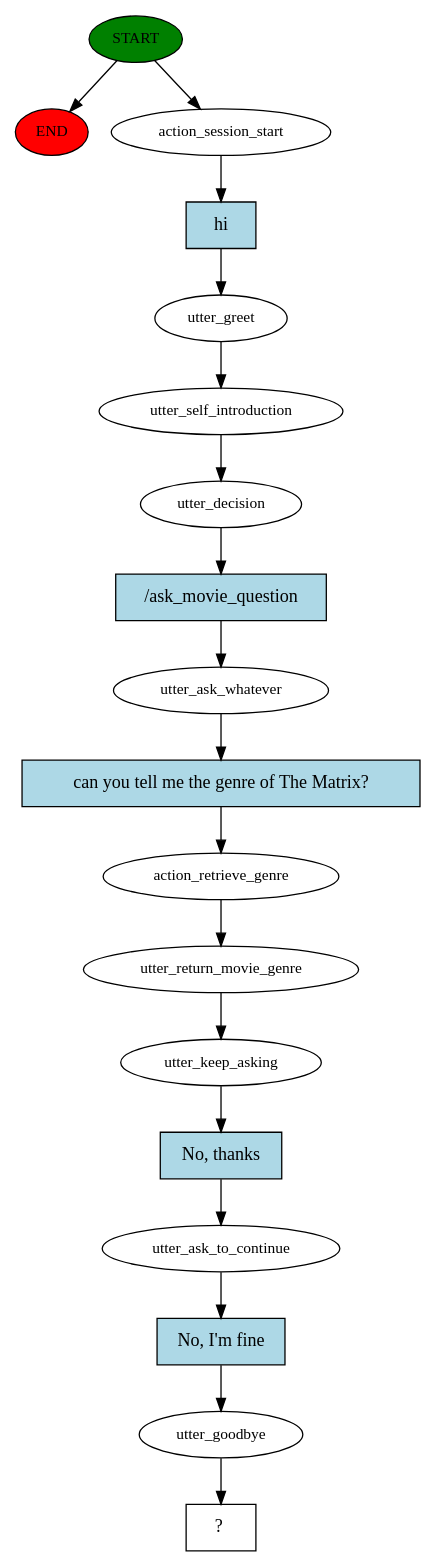
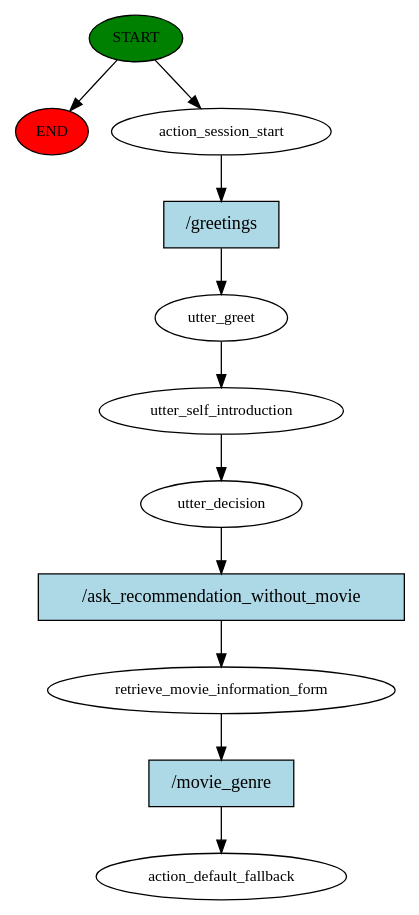
One commit to Bru0x11/Human_Machine_Dialogue-Rasa changed the diagram in story_graph.dot. Above: the diagram before and after it, drawn with Graphviz. The commit also changed 777 other files, not shown here.

```diff
--- a/story_graph.dot
+++ b/story_graph.dot
@@ -1,37 +1,23 @@
 digraph  {
 0 [class="start active", fillcolor=green, fontsize=12, label=START, style=filled];
 "-1" [class=end, fillcolor=red, fontsize=12, label=END, style=filled];
 1 [class=active, fontsize=12, label=action_session_start];
 2 [class=active, fontsize=12, label=utter_greet];
 3 [class=active, fontsize=12, label=utter_self_introduction];
 4 [class=active, fontsize=12, label=utter_decision];
-5 [class=active, fontsize=12, label=utter_ask_whatever];
-6 [class=active, fontsize=12, label=action_retrieve_genre];
-7 [class=active, fontsize=12, label=utter_return_movie_genre];
-8 [class=active, fontsize=12, label=utter_keep_asking];
-9 [class=active, fontsize=12, label=utter_ask_to_continue];
-10 [class=active, fontsize=12, label=utter_goodbye];
-11 [class="intent dashed active", label="  ?  ", shape=rect];
-12 [class="intent active", fillcolor=lightblue, label=hi, shape=rect, style=filled];
-13 [class="intent active", fillcolor=lightblue, label="/ask_movie_question", shape=rect, style=filled];
-14 [class="intent active", fillcolor=lightblue, label="can you tell me the genre of The Matrix?", shape=rect, style=filled];
-15 [class="intent active", fillcolor=lightblue, label="No, thanks", shape=rect, style=filled];
-16 [class="intent active", fillcolor=lightblue, label="No, I'm fine", shape=rect, style=filled];
+5 [class=active, fontsize=12, label=retrieve_movie_information_form];
+6 [class="dashed active", fontsize=12, label=action_default_fallback];
+7 [class="intent active", fillcolor=lightblue, label="/greetings", shape=rect, style=filled];
+8 [class="intent active", fillcolor=lightblue, label="/ask_recommendation_without_movie", shape=rect, style=filled];
+9 [class="intent active", fillcolor=lightblue, label="/movie_genre", shape=rect, style=filled];
 0 -> "-1"  [class="", key=NONE, label=""];
 0 -> 1  [class=active, key=NONE, label=""];
-1 -> 12  [class=active, key=0];
+1 -> 7  [class=active, key=0];
 2 -> 3  [class=active, key=NONE, label=""];
 3 -> 4  [class=active, key=NONE, label=""];
-4 -> 13  [class=active, key=0];
-5 -> 14  [class=active, key=0];
-6 -> 7  [class=active, key=NONE, label=""];
-7 -> 8  [class=active, key=NONE, label=""];
-8 -> 15  [class=active, key=0];
-9 -> 16  [class=active, key=0];
-10 -> 11  [class=active, key=NONE, label=""];
-12 -> 2  [class=active, key=0];
-13 -> 5  [class=active, key=0];
-14 -> 6  [class=active, key=0];
-15 -> 9  [class=active, key=0];
-16 -> 10  [class=active, key=0];
+4 -> 8  [class=active, key=0];
+5 -> 9  [class=active, key=0];
+7 -> 2  [class=active, key=0];
+8 -> 5  [class=active, key=0];
+9 -> 6  [class=active, key=0];
 }
```
